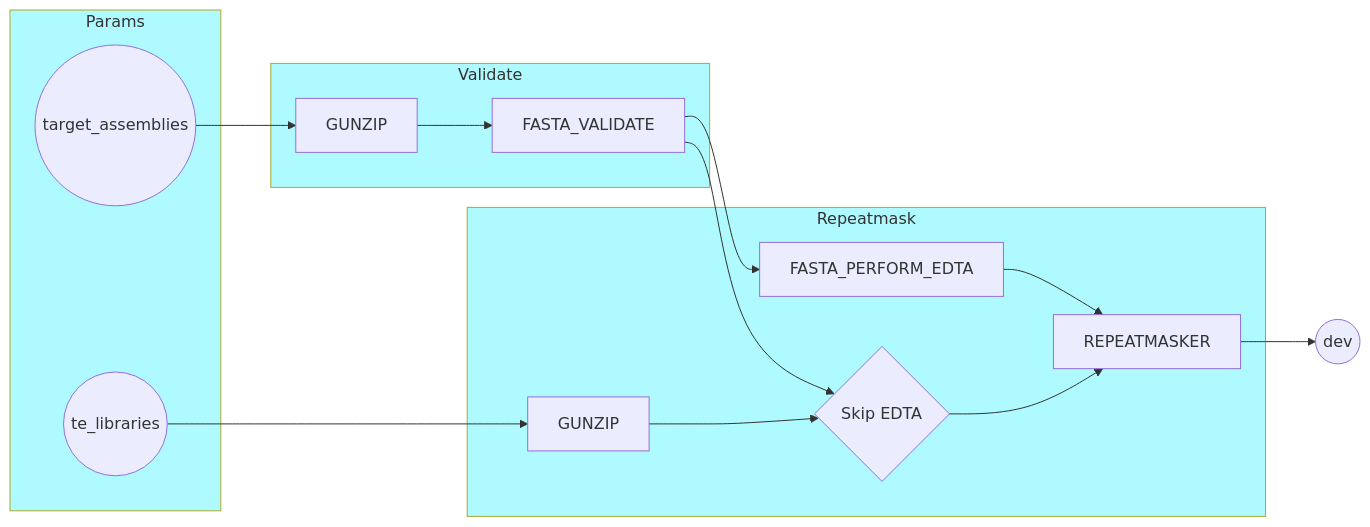
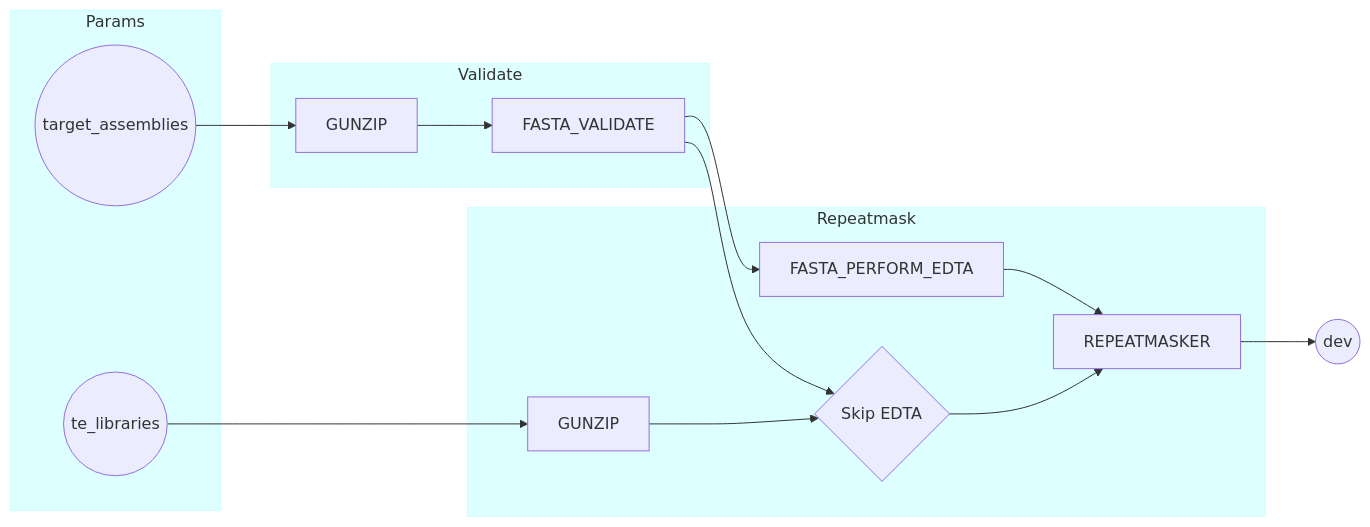
Before and after one commit to rosscrowhurst/genepal: the diagram in README.md, drawn with Mermaid.

````diff
--- a/README.md
+++ b/README.md
@@ -6,42 +6,42 @@
 ```mermaid
 flowchart LR
     TARGET_ASSEMBLIES((target_assemblies))
     TE_LIBRARIES((te_libraries))
     SKIP_EDTA{Skip EDTA}
     pend((dev))
     GUNZIP_TE[GUNZIP]
     
     TARGET_ASSEMBLIES --> GUNZIP
     GUNZIP --> FASTA_VALIDATE
     FASTA_VALIDATE --> FASTA_PERFORM_EDTA
     FASTA_VALIDATE --> SKIP_EDTA
     
     TE_LIBRARIES --> GUNZIP_TE
     SKIP_EDTA --> REPEATMASKER
     GUNZIP_TE --> SKIP_EDTA
     
     FASTA_PERFORM_EDTA --> REPEATMASKER
 
     REPEATMASKER --> pend
 
     subgraph Params
     TARGET_ASSEMBLIES
     TE_LIBRARIES
     end
 
     subgraph Validate
     GUNZIP
     FASTA_VALIDATE
     end
 
     subgraph Repeatmask
     GUNZIP_TE
     FASTA_PERFORM_EDTA
     SKIP_EDTA
     REPEATMASKER
     end
 
-    style Params fill:#00EEFF50
-    style Validate fill:#00EEFF50
-    style Repeatmask fill:#00EEFF50
+    style Params fill:#00FFFF21,stroke:#00FFFF21
+    style Validate fill:#00FFFF21,stroke:#00FFFF21
+    style Repeatmask fill:#00FFFF21,stroke:#00FFFF21
 ```
````
